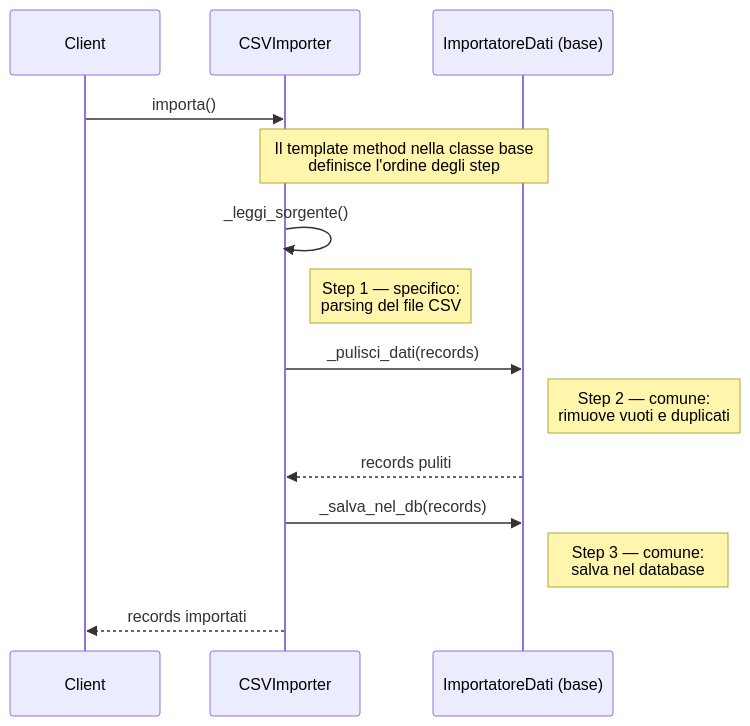
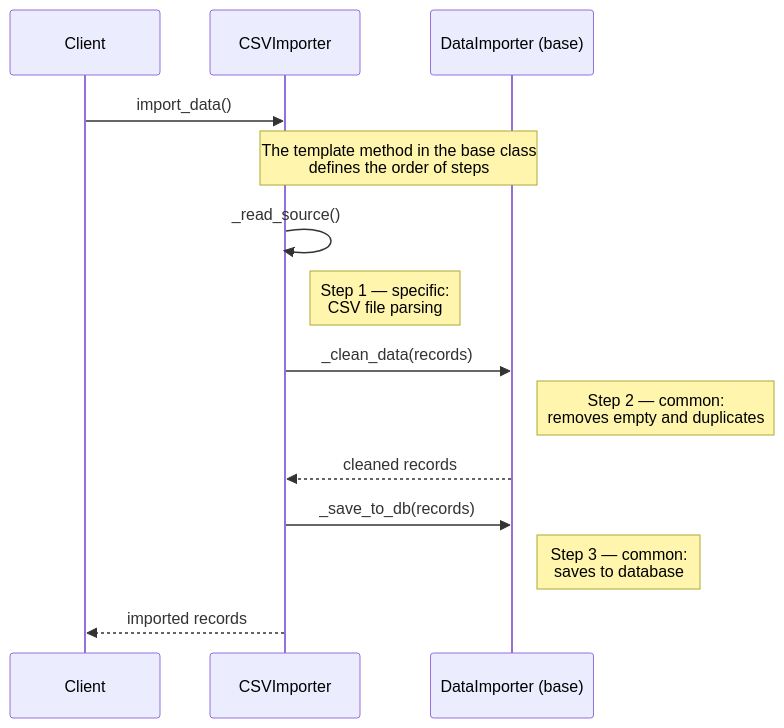
Before and after one commit to lucadileo9/design-pattern: the third of 3 diagrams in 03_behavioral/template-method/README.MD, drawn with Mermaid. The commit also changed other lines of this file and 43 other files, not shown here.

````diff
--- a/03_behavioral/template-method/README.MD
+++ b/03_behavioral/template-method/README.MD
@@ -86,21 +86,21 @@
 ```mermaid
 sequenceDiagram
     participant Client
     participant CSV as CSVImporter
-    participant Base as ImportatoreDati (base)
+    participant Base as DataImporter (base)
 
-    Client->>CSV: importa()
-    Note over CSV,Base: Il template method nella classe base<br/>definisce l'ordine degli step
+    Client->>CSV: import_data()
+    Note over CSV,Base: The template method in the base class<br/>defines the order of steps
 
-    CSV->>CSV: _leggi_sorgente()
-    Note right of CSV: Step 1 — specifico:<br/>parsing del file CSV
+    CSV->>CSV: _read_source()
+    Note right of CSV: Step 1 — specific:<br/>CSV file parsing
 
-    CSV->>Base: _pulisci_dati(records)
-    Note right of Base: Step 2 — comune:<br/>rimuove vuoti e duplicati
-    Base-->>CSV: records puliti
+    CSV->>Base: _clean_data(records)
+    Note right of Base: Step 2 — common:<br/>removes empty and duplicates
+    Base-->>CSV: cleaned records
 
-    CSV->>Base: _salva_nel_db(records)
-    Note right of Base: Step 3 — comune:<br/>salva nel database
+    CSV->>Base: _save_to_db(records)
+    Note right of Base: Step 3 — common:<br/>saves to database
 
-    CSV-->>Client: records importati
+    CSV-->>Client: imported records
 ```
````
